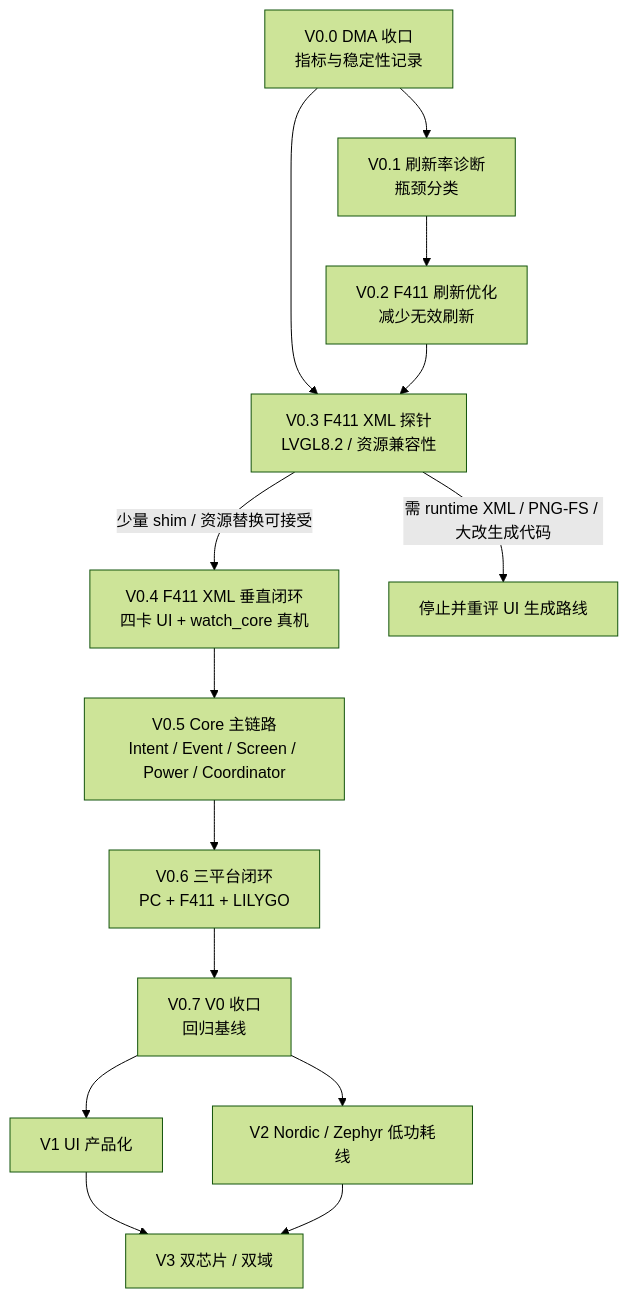
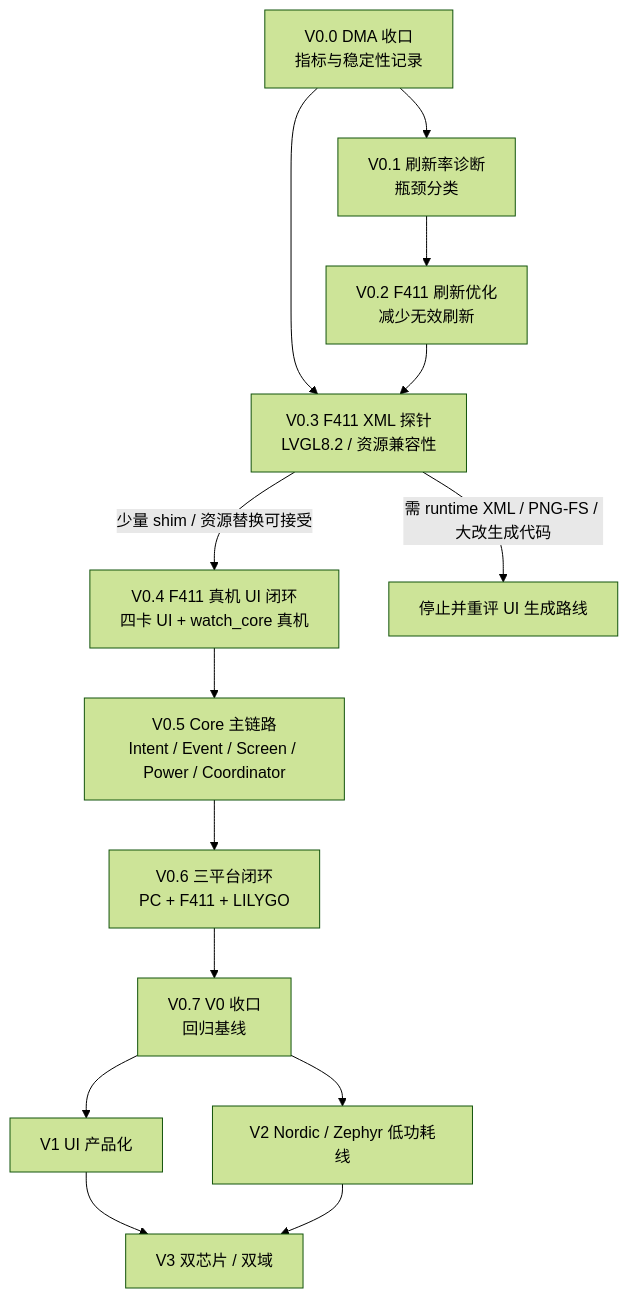
One commit to e-n-ye/magic_watch changed the diagram in docs/00_current/magicwatch_long_term_roadmap.md. Above: the diagram before and after it, drawn with Mermaid (forest theme). The commit also changed other lines of this file and 4 other files, not shown here.

````diff
--- a/docs/00_current/magicwatch_long_term_roadmap.md
+++ b/docs/00_current/magicwatch_long_term_roadmap.md
@@ -40,16 +40,16 @@
 ```mermaid
 flowchart TD
     A["V0.0 DMA 收口<br/>指标与稳定性记录"] --> B["V0.1 刷新率诊断<br/>瓶颈分类"]
     B --> C["V0.2 F411 刷新优化<br/>减少无效刷新"]
     A --> D["V0.3 F411 XML 探针<br/>LVGL8.2 / 资源兼容性"]
     C --> D
-    D -->|少量 shim / 资源替换可接受| E["V0.4 F411 XML 垂直闭环<br/>四卡 UI + watch_core 真机"]
+    D -->|少量 shim / 资源替换可接受| E["V0.4 F411 真机 UI 闭环<br/>四卡 UI + watch_core 真机"]
     D -->|需 runtime XML / PNG-FS / 大改生成代码| X["停止并重评 UI 生成路线"]
     E --> F["V0.5 Core 主链路<br/>Intent / Event / Screen / Power / Coordinator"]
     F --> G["V0.6 三平台闭环<br/>PC + F411 + LILYGO"]
     G --> H["V0.7 V0 收口<br/>回归基线"]
     H --> I["V1 UI 产品化"]
     H --> J["V2 Nordic / Zephyr 低功耗线"]
     I --> K["V3 双芯片 / 双域"]
     J --> K
 ```
````
